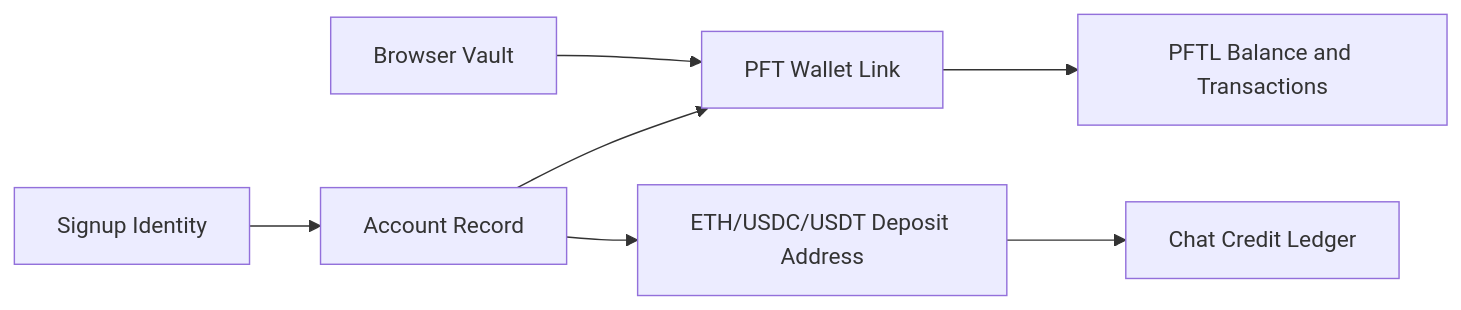
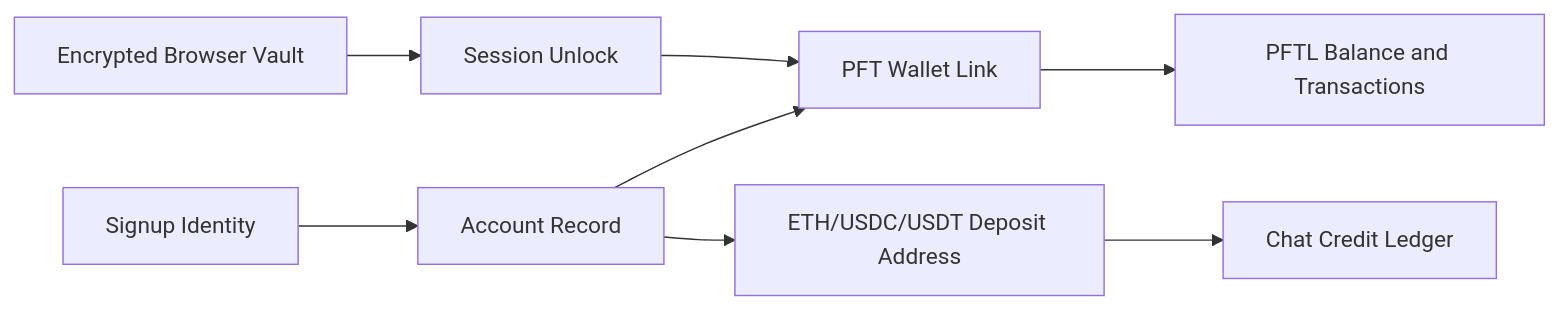
One commit to postfiatorg/tasknode changed the diagram in docs/wiki/surfaces/wallet.md. Above: the diagram before and after it, drawn with Mermaid. The commit also changed other lines of this file, not shown here.

Commit message:
Document wallet lock and unlock behavior

````diff
--- a/docs/wiki/surfaces/wallet.md
+++ b/docs/wiki/surfaces/wallet.md
@@ -31,9 +54,10 @@
 ```mermaid
 flowchart LR
   Login[Signup Identity] --> Account[Account Record]
   Account --> Linked[PFT Wallet Link]
-  Browser[Browser Vault] --> Linked
+  Browser[Encrypted Browser Vault] --> Unlock[Session Unlock]
+  Unlock --> Linked
   Linked --> PFTL[PFTL Balance and Transactions]
   Account --> TopUp[ETH/USDC/USDT Deposit Address]
   TopUp --> Billing[Chat Credit Ledger]
 ```
````
